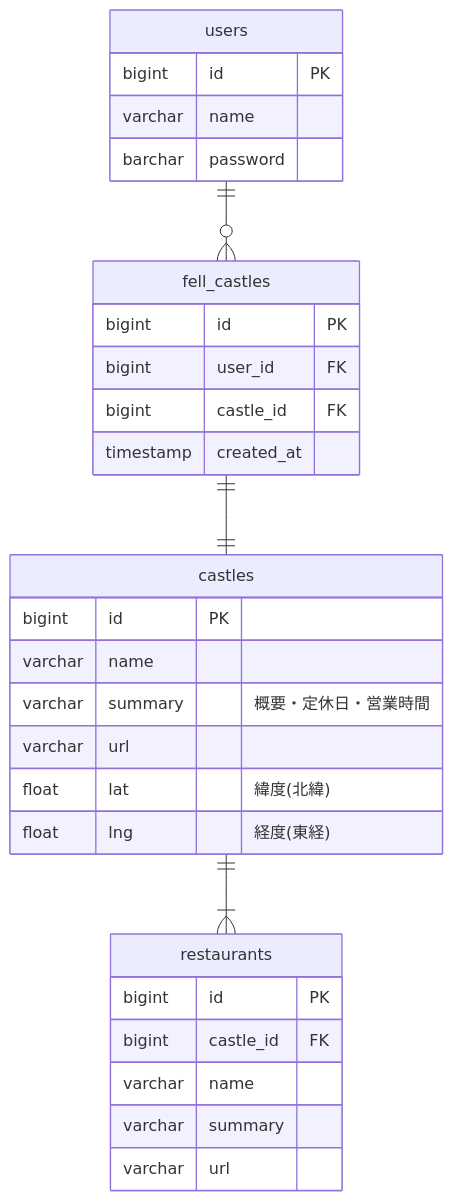
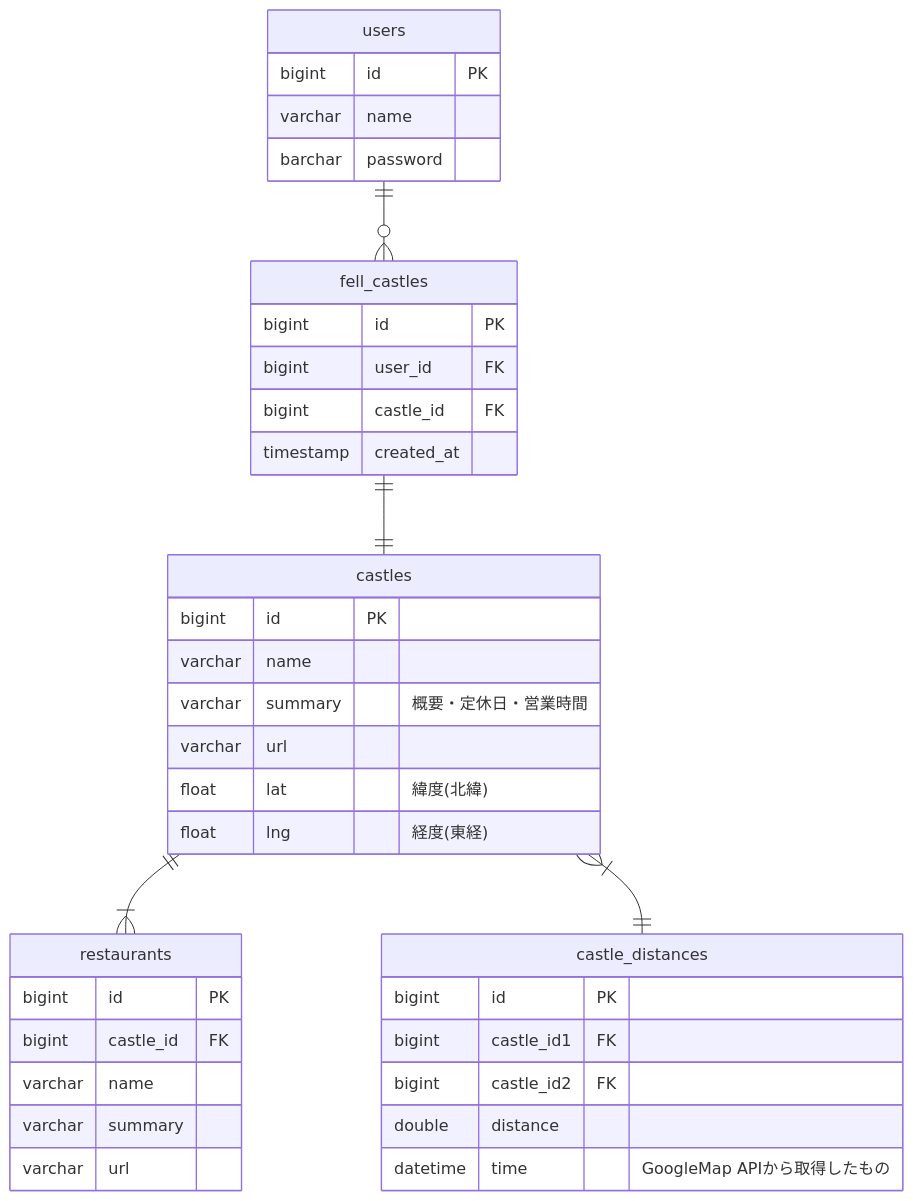
One commit to ynori123/al_castle changed the diagram in backend/README.md. Above: the diagram before and after it, drawn with Mermaid.

Commit message:
add er diagram

````diff
--- a/backend/README.md
+++ b/backend/README.md
@@ -3,33 +3,41 @@
 ```mermaid
 erDiagram
 castles ||--|{ restaurants : ""
 users ||--o{ fell_castles : ""
 fell_castles ||--|| castles : ""
+castles }|--|| castle_distances : ""
 
 users{
     bigint id PK
     varchar name 
     barchar password 
 }
 fell_castles{
     bigint id PK
     bigint user_id FK
     bigint castle_id FK
     timestamp created_at
 }
 castles {
     bigint id PK
     varchar name
     varchar summary "概要・定休日・営業時間"
     varchar url 
     float lat "緯度(北緯)"
     float lng "経度(東経)"
 }
 restaurants { 
     bigint id PK
     bigint castle_id FK 
     varchar name
     varchar summary
     varchar url 
 }
+castle_distances {
+    bigint id PK
+    bigint castle_id1 FK
+    bigint castle_id2 FK
+    double distance 
+    datetime time "GoogleMap APIから取得したもの"
+}
 ```
````
